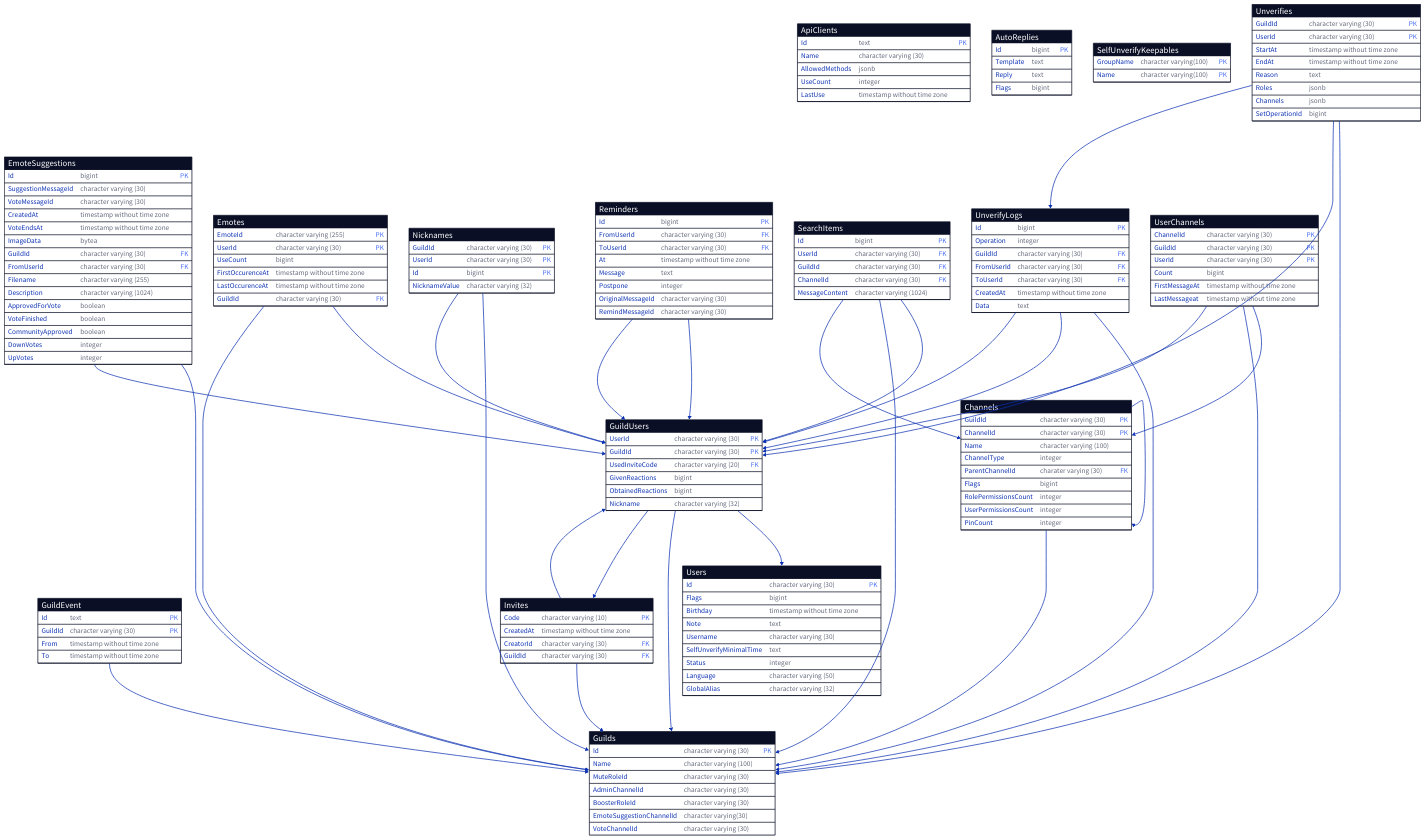
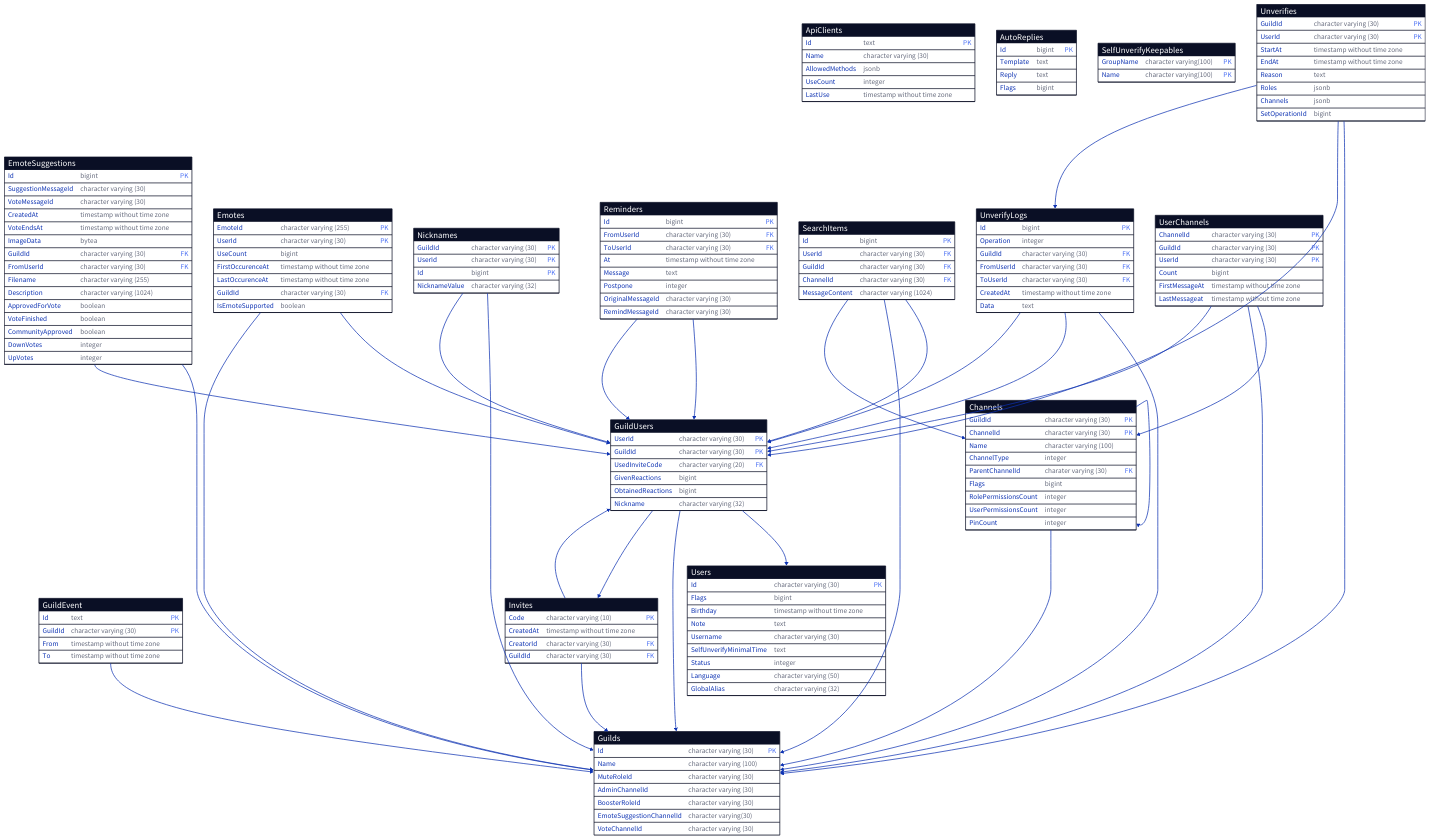
The diagram in data/database.d2 (GrillBot/grillbot-docs), drawn with D2 before and after one commit. The commit also changed 1 other file, not shown here.

```diff
--- a/data/database.d2
+++ b/data/database.d2
@@ -66,6 +66,7 @@
   FirstOccurenceAt: timestamp without time zone
   LastOccurenceAt: timestamp without time zone
   GuildId: character varying (30) {constraint: foreign_key}
+  IsEmoteSupported: boolean
 }
 
 Emotes.UserId -> GuildUsers.UserId
```
